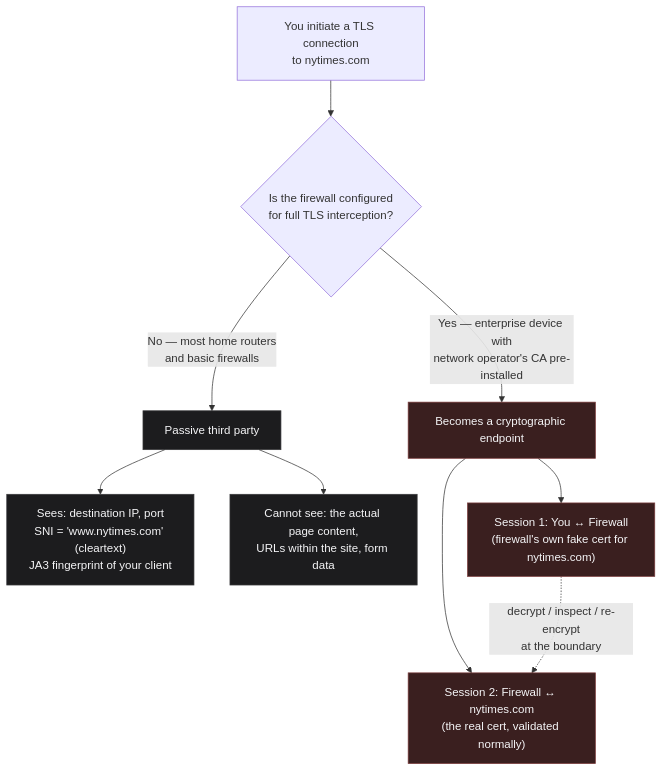
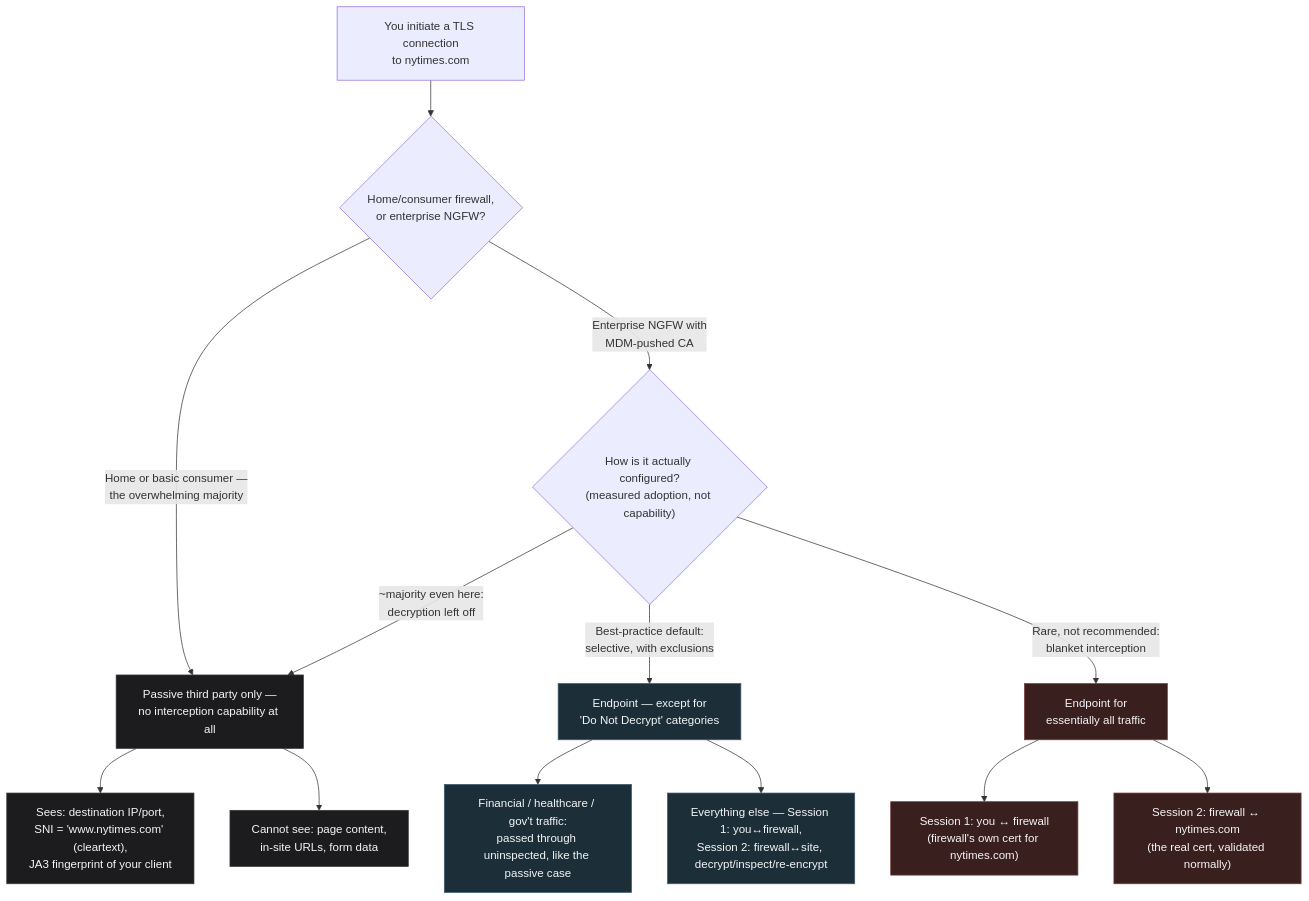
One commit to raceBannon99/The-Nexus changed the diagram in reports/2026-07-23-firewall-tls-visibility.md. Above: the diagram before and after it, drawn with Mermaid. The commit also changed other lines of this file, not shown here.

Commit message:
2026-07-23: Redraw diagram against new Tufte reference artifact — How Does a Firewall Look At TLS-Encrypted Traffic?

````diff
--- a/reports/2026-07-23-firewall-tls-visibility.md
+++ b/reports/2026-07-23-firewall-tls-visibility.md
@@ -104,18 +106,26 @@
 ```mermaid
 flowchart TD
-    A["You initiate a TLS connection<br/>to nytimes.com"] --> B{"Is the firewall configured<br/>for full TLS interception?"}
+    A["You initiate a TLS connection<br/>to nytimes.com"] --> B{"Home/consumer firewall,<br/>or enterprise NGFW?"}
 
-    B -->|"No — most home routers<br/>and basic firewalls"| C["Passive third party"]
-    C --> C1["Sees: destination IP, port<br/>SNI = 'www.nytimes.com' (cleartext)<br/>JA3 fingerprint of your client"]
-    C --> C2["Cannot see: the actual page content,<br/>URLs within the site, form data"]
+    B -->|"Home or basic consumer —<br/>the overwhelming majority"| C["Passive third party only —<br/>no interception capability at all"]
+    C --> C1["Sees: destination IP/port,<br/>SNI = 'www.nytimes.com' (cleartext),<br/>JA3 fingerprint of your client"]
+    C --> C2["Cannot see: page content,<br/>in-site URLs, form data"]
 
-    B -->|"Yes — enterprise device with<br/>network operator's CA pre-installed"| D["Becomes a cryptographic endpoint"]
-    D --> D1["Session 1: You &harr; Firewall<br/>(firewall's own fake cert for nytimes.com)"]
-    D --> D2["Session 2: Firewall &harr; nytimes.com<br/>(the real cert, validated normally)"]
-    D1 -.->|"decrypt / inspect / re-encrypt<br/>at the boundary"| D2
+    B -->|"Enterprise NGFW with<br/>MDM-pushed CA"| E{"How is it actually configured?<br/>(measured adoption, not capability)"}
+
+    E -->|"~majority even here:<br/>decryption left off"| C
+    E -->|"Best-practice default:<br/>selective, with exclusions"| F["Endpoint — except for<br/>'Do Not Decrypt' categories"]
+    E -->|"Rare, not recommended:<br/>blanket interception"| G["Endpoint for<br/>essentially all traffic"]
+
+    F --> F1["Financial / healthcare / gov't traffic:<br/>passed through uninspected, like the passive case"]
+    F --> F2["Everything else — Session 1: you&harr;firewall,<br/>Session 2: firewall&harr;site, decrypt/inspect/re-encrypt"]
+    G --> G1["Session 1: you &harr; firewall<br/>(firewall's own cert for nytimes.com)"]
+    G --> G2["Session 2: firewall &harr; nytimes.com<br/>(the real cert, validated normally)"]
 
     classDef passive fill:#1c1c1e,stroke:#38383a,color:#f5f5f7;
-    classDef active fill:#3a1f1f,stroke:#7a3b3b,color:#f5f5f7;
+    classDef selective fill:#1c2e38,stroke:#3b5a6e,color:#f5f5f7;
+    classDef blanket fill:#3a1f1f,stroke:#7a3b3b,color:#f5f5f7;
     class C,C1,C2 passive;
-    class D,D1,D2 active;
+    class F,F1,F2 selective;
+    class G,G1,G2 blanket;
 ```
````
